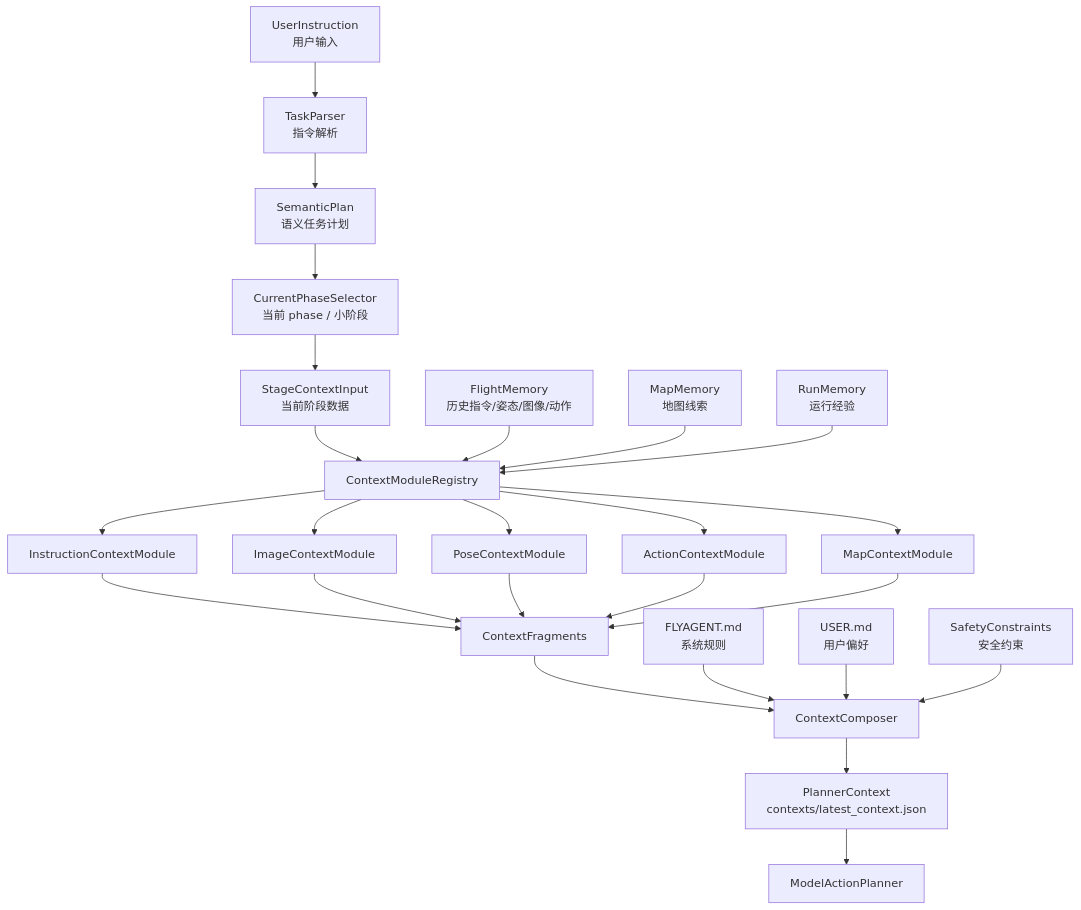
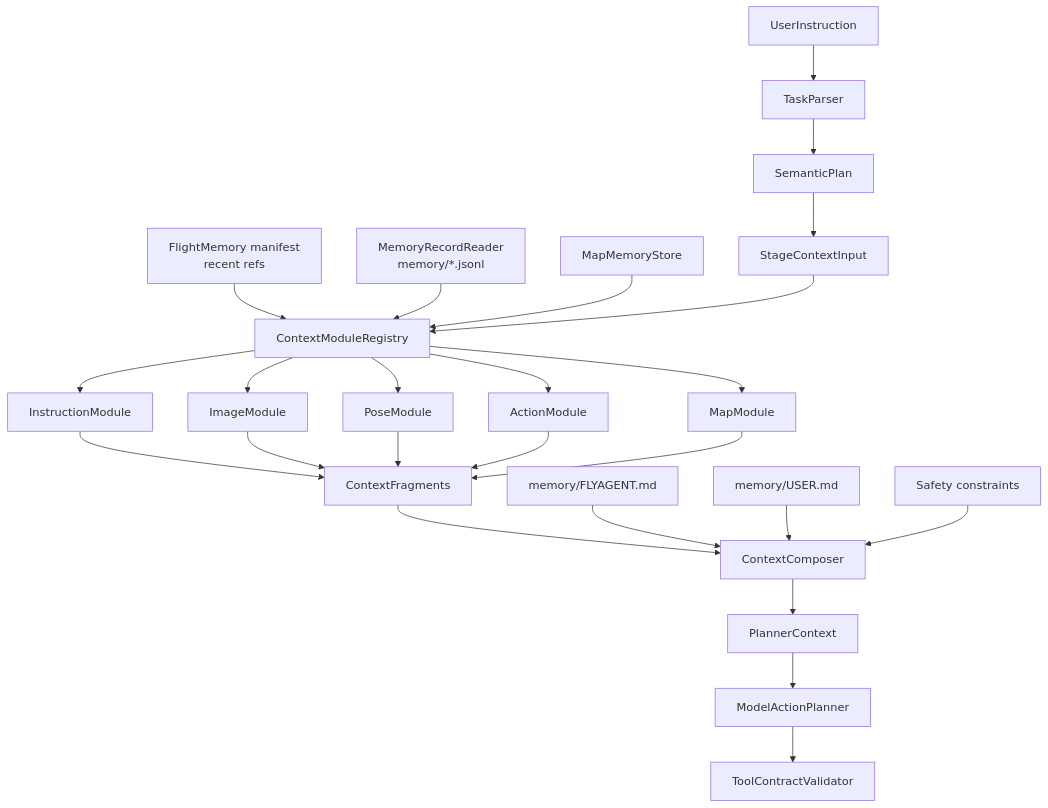
One commit to LZ6years/AeroPilot changed the diagram in docs/memory_system/03_context_composition.md. Above: the diagram before and after it, drawn with Mermaid. The commit also changed other lines of this file and 15 other files, not shown here.

Commit message:
Tighten model action planner contract

````diff
--- a/docs/memory_system/03_context_composition.md
+++ b/docs/memory_system/03_context_composition.md
@@ -37,32 +18,31 @@
 ```mermaid
 flowchart TD
-    U["UserInstruction<br/>用户输入"] --> TP["TaskParser<br/>指令解析"]
-    TP --> SP["SemanticPlan<br/>语义任务计划"]
-    SP --> CP["CurrentPhaseSelector<br/>当前 phase / 小阶段"]
+    U["UserInstruction"] --> TP["TaskParser"]
+    TP --> SP["SemanticPlan"]
+    SP --> SI["StageContextInput"]
 
-    CP --> SCI["StageContextInput<br/>当前阶段数据"]
-    SCI --> R["ContextModuleRegistry"]
+    FM["FlightMemory manifest<br/>recent refs"] --> REG["ContextModuleRegistry"]
+    MR["MemoryRecordReader<br/>memory/*.jsonl"] --> REG
+    MM["MapMemoryStore"] --> REG
+    SI --> REG
 
-    FM["FlightMemory<br/>历史指令/姿态/图像/动作"] --> R
-    MM["MapMemory<br/>地图线索"] --> R
-    RM["RunMemory<br/>运行经验"] --> R
+    REG --> IM["InstructionModule"]
+    REG --> IMG["ImageModule"]
+    REG --> PM["PoseModule"]
+    REG --> AM["ActionModule"]
+    REG --> MAP["MapModule"]
 
-    R --> I["InstructionContextModule"]
-    R --> IMG["ImageContextModule"]
-    R --> P["PoseContextModule"]
-    R --> A["ActionContextModule"]
-    R --> MAP["MapContextModule"]
+    IM --> FR["ContextFragments"]
+    IMG --> FR
+    PM --> FR
+    AM --> FR
+    MAP --> FR
 
-    I --> F["ContextFragments"]
-    IMG --> F
-    P --> F
-    A --> F
-    MAP --> F
-
-    F --> C["ContextComposer"]
-    FA["FLYAGENT.md<br/>系统规则"] --> C
-    US["USER.md<br/>用户偏好"] --> C
-    SS["SafetyConstraints<br/>安全约束"] --> C
-    C --> PC["PlannerContext<br/>contexts/latest_context.json"]
-    PC --> PL["ModelActionPlanner"]
+    FR --> CC["ContextComposer"]
+    FLY["memory/FLYAGENT.md"] --> CC
+    USER["memory/USER.md"] --> CC
+    SAFE["Safety constraints"] --> CC
+    CC --> PC["PlannerContext"]
+    PC --> MAPL["ModelActionPlanner"]
+    MAPL --> TCV["ToolContractValidator"]
 ```
````
